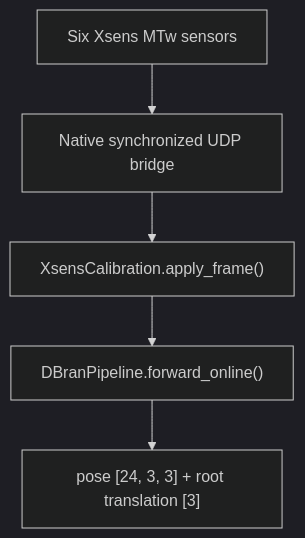
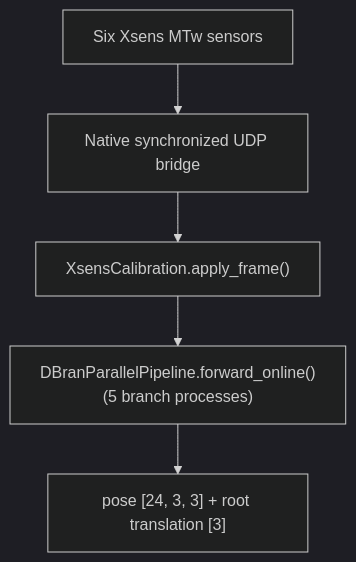
One commit to WearNET/D-BRAN changed the first of 2 diagrams in docs/xsens-live-inference.qmd. Above: the diagram before and after it, drawn with Mermaid (dark theme). The commit also changed other lines of this file and 4 other files, not shown here.

First line of the commit message:
Make the process-parallel pipeline the default D-BRAN inference path

````diff
--- a/docs/xsens-live-inference.qmd
+++ b/docs/xsens-live-inference.qmd
@@ -7,7 +7,7 @@
 ```{mermaid}
 flowchart TD
     A["Six Xsens MTw sensors"] --> B["Native synchronized UDP bridge"]
     B --> C["XsensCalibration.apply_frame()"]
-    C --> D["DBranPipeline.forward_online()"]
+    C --> D["DBranParallelPipeline.forward_online()<br/>(5 branch processes)"]
     D --> E["pose [24, 3, 3] + root translation [3]"]
 ```
````
